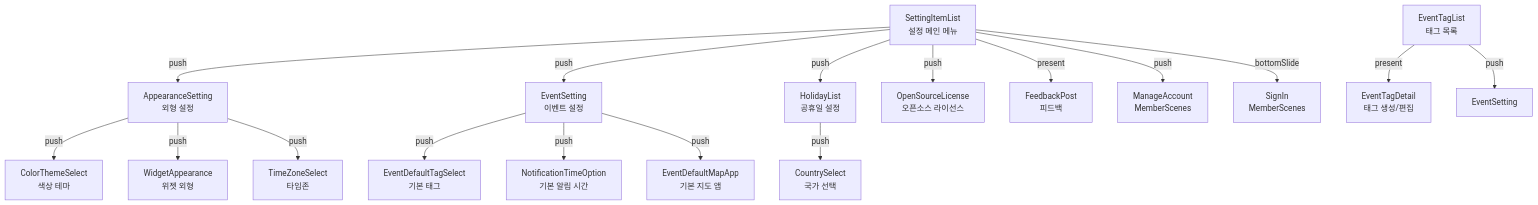
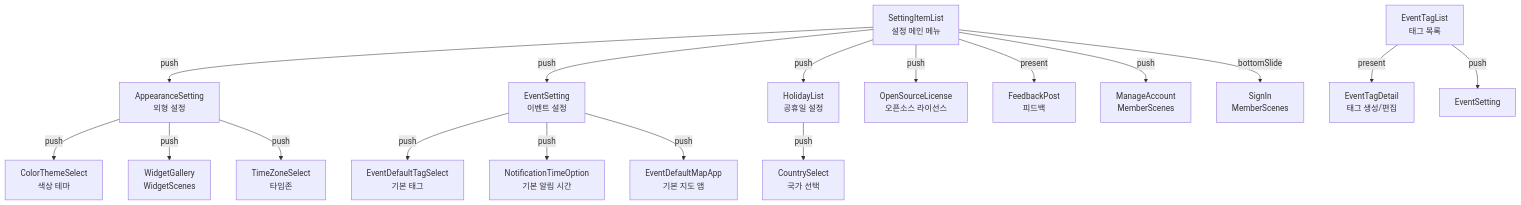
Before and after one commit to sudopark/TodoCalendar: the first of 5 diagrams in Presentations/SettingScene/CLAUDE.md, drawn with Mermaid. The commit also changed other lines of this file and 19 other files, not shown here.

````diff
--- a/Presentations/SettingScene/CLAUDE.md
+++ b/Presentations/SettingScene/CLAUDE.md
@@ -13,23 +13,23 @@
 ```mermaid
 graph TD
     SIL[SettingItemList<br/>설정 메인 메뉴] -->|push| AS[AppearanceSetting<br/>외형 설정]
     SIL -->|push| ES[EventSetting<br/>이벤트 설정]
     SIL -->|push| HL[HolidayList<br/>공휴일 설정]
     SIL -->|push| OSL[OpenSourceLicense<br/>오픈소스 라이선스]
     SIL -->|present| FP[FeedbackPost<br/>피드백]
     SIL -->|push| MA[ManageAccount<br/>MemberScenes]
     SIL -->|bottomSlide| SI[SignIn<br/>MemberScenes]
 
     AS -->|push| CT[ColorThemeSelect<br/>색상 테마]
-    AS -->|push| WA[WidgetAppearance<br/>위젯 외형]
+    AS -->|push| WG[WidgetGallery<br/>WidgetScenes]
     AS -->|push| TZ[TimeZoneSelect<br/>타임존]
 
     ES -->|push| ETS[EventDefaultTagSelect<br/>기본 태그]
     ES -->|push| ENT[NotificationTimeOption<br/>기본 알림 시간]
     ES -->|push| EMA[EventDefaultMapApp<br/>기본 지도 앱]
 
     HL -->|push| CS[CountrySelect<br/>국가 선택]
 
     ETL[EventTagList<br/>태그 목록] -->|present| ETD[EventTagDetail<br/>태그 생성/편집]
     ETL -->|push| ES2[EventSetting]
 ```
````
